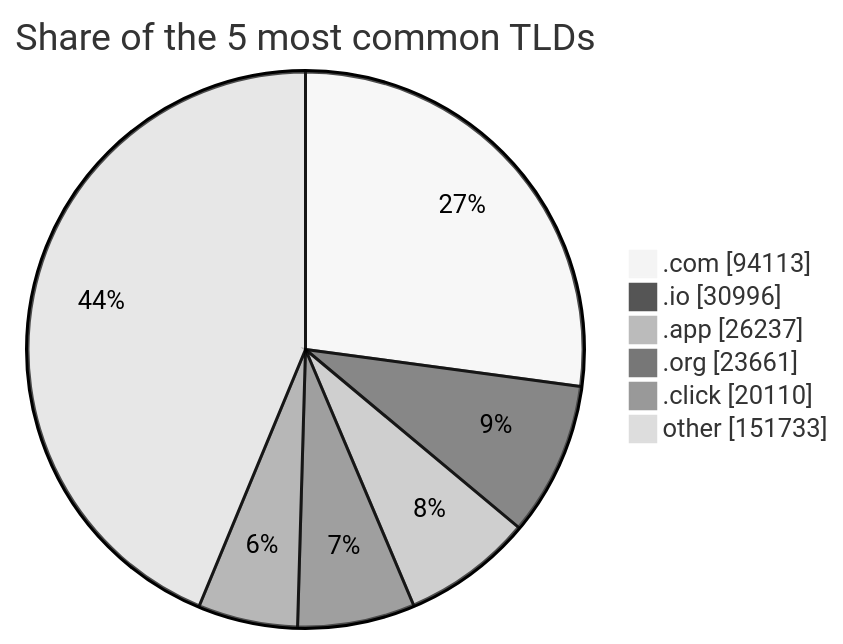
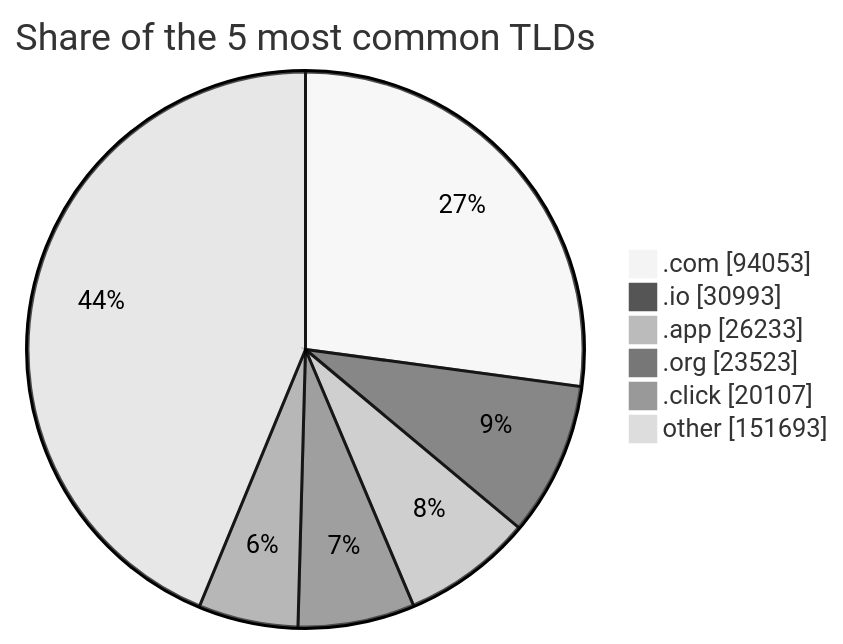
Before and after one commit to DNSBunker/CTI: the third of 3 diagrams in README.md, drawn with Mermaid (neutral theme). The commit also changed other lines of this file and 3 other files, not shown here.

````diff
--- a/README.md
+++ b/README.md
@@ -81,9 +81,9 @@
 ```mermaid
 pie showData title Share of the 5 most common TLDs
-    ".com" : 94113
-    ".io" : 30996
-    ".app" : 26237
-    ".org" : 23661
-    ".click" : 20110
-    "other" : 151733
+    ".com" : 94053
+    ".io" : 30993
+    ".app" : 26233
+    ".org" : 23523
+    ".click" : 20107
+    "other" : 151693
 ```
````
